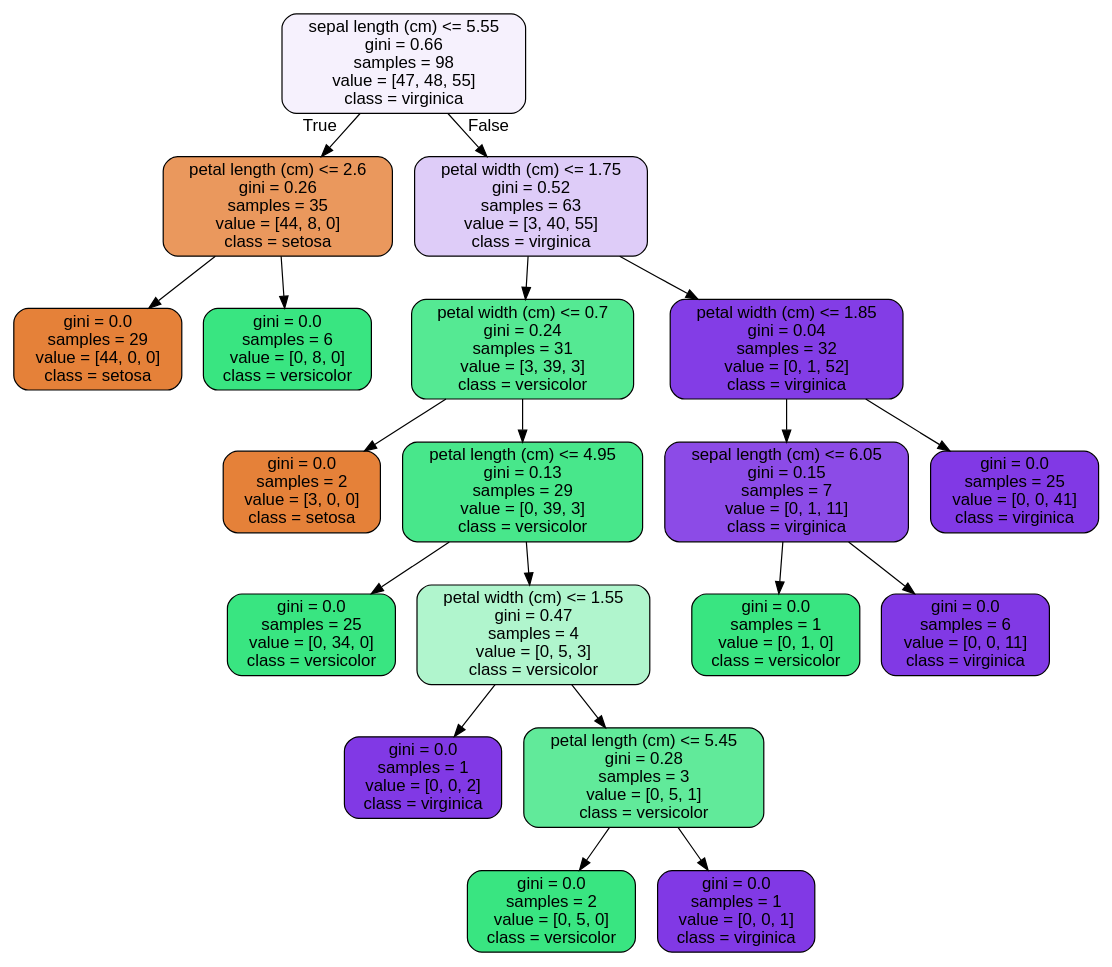
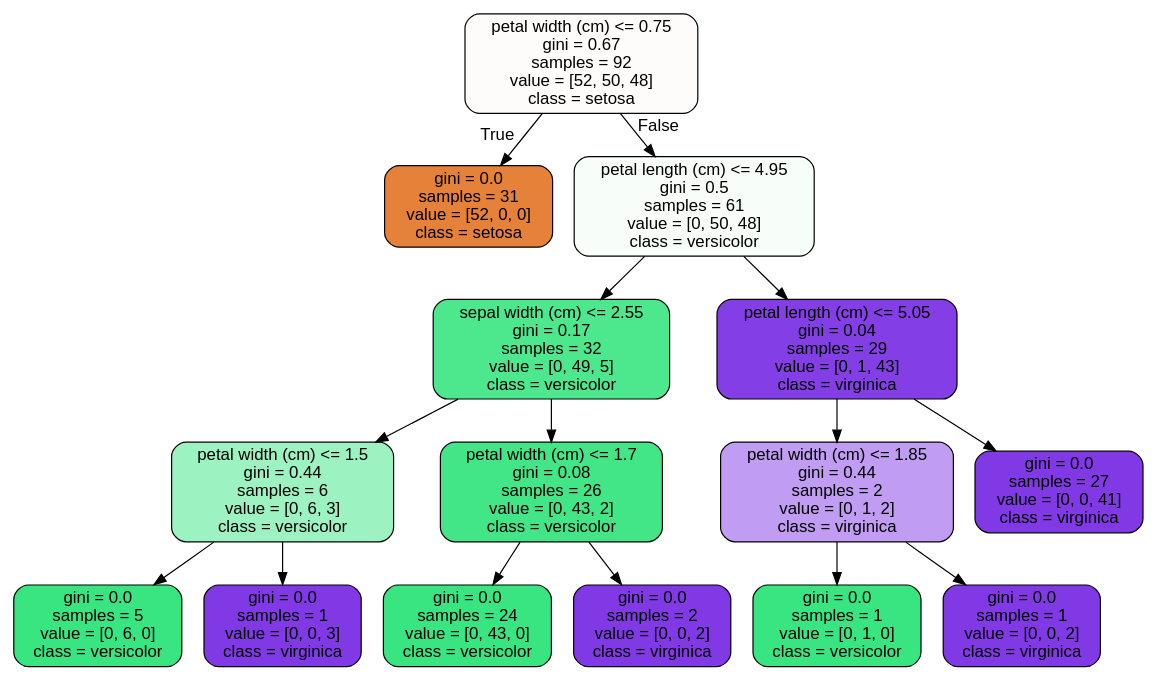
The diagram in tree.dot (abhiram540/Covid19-RandomForest-CaseStudy), drawn with Graphviz before and after one commit. The commit also changed 3 other files, not shown here.

```diff
--- a/tree.dot
+++ b/tree.dot
@@ -1,41 +1,33 @@
 digraph Tree {
 node [shape=box, style="filled, rounded", color="black", fontname=helvetica] ;
 edge [fontname=helvetica] ;
-0 [label="sepal length (cm) <= 5.55\ngini = 0.66\nsamples = 98\nvalue = [47, 48, 55]\nclass = virginica", fillcolor="#f6f1fd"] ;
-1 [label="petal length (cm) <= 2.6\ngini = 0.26\nsamples = 35\nvalue = [44, 8, 0]\nclass = setosa", fillcolor="#ea985d"] ;
+0 [label="petal width (cm) <= 0.75\ngini = 0.67\nsamples = 92\nvalue = [52, 50, 48]\nclass = setosa", fillcolor="#fefcfb"] ;
+1 [label="gini = 0.0\nsamples = 31\nvalue = [52, 0, 0]\nclass = setosa", fillcolor="#e58139"] ;
 0 -> 1 [labeldistance=2.5, labelangle=45, headlabel="True"] ;
-2 [label="gini = 0.0\nsamples = 29\nvalue = [44, 0, 0]\nclass = setosa", fillcolor="#e58139"] ;
-1 -> 2 ;
-3 [label="gini = 0.0\nsamples = 6\nvalue = [0, 8, 0]\nclass = versicolor", fillcolor="#39e581"] ;
-1 -> 3 ;
-4 [label="petal width (cm) <= 1.75\ngini = 0.52\nsamples = 63\nvalue = [3, 40, 55]\nclass = virginica", fillcolor="#deccf8"] ;
-0 -> 4 [labeldistance=2.5, labelangle=-45, headlabel="False"] ;
-5 [label="petal width (cm) <= 0.7\ngini = 0.24\nsamples = 31\nvalue = [3, 39, 3]\nclass = versicolor", fillcolor="#55e993"] ;
+2 [label="petal length (cm) <= 4.95\ngini = 0.5\nsamples = 61\nvalue = [0, 50, 48]\nclass = versicolor", fillcolor="#f7fefa"] ;
+0 -> 2 [labeldistance=2.5, labelangle=-45, headlabel="False"] ;
+3 [label="sepal width (cm) <= 2.55\ngini = 0.17\nsamples = 32\nvalue = [0, 49, 5]\nclass = versicolor", fillcolor="#4de88e"] ;
+2 -> 3 ;
+4 [label="petal width (cm) <= 1.5\ngini = 0.44\nsamples = 6\nvalue = [0, 6, 3]\nclass = versicolor", fillcolor="#9cf2c0"] ;
+3 -> 4 ;
+5 [label="gini = 0.0\nsamples = 5\nvalue = [0, 6, 0]\nclass = versicolor", fillcolor="#39e581"] ;
 4 -> 5 ;
-6 [label="gini = 0.0\nsamples = 2\nvalue = [3, 0, 0]\nclass = setosa", fillcolor="#e58139"] ;
-5 -> 6 ;
-7 [label="petal length (cm) <= 4.95\ngini = 0.13\nsamples = 29\nvalue = [0, 39, 3]\nclass = versicolor", fillcolor="#48e78b"] ;
-5 -> 7 ;
-8 [label="gini = 0.0\nsamples = 25\nvalue = [0, 34, 0]\nclass = versicolor", fillcolor="#39e581"] ;
+6 [label="gini = 0.0\nsamples = 1\nvalue = [0, 0, 3]\nclass = virginica", fillcolor="#8139e5"] ;
+4 -> 6 ;
+7 [label="petal width (cm) <= 1.7\ngini = 0.08\nsamples = 26\nvalue = [0, 43, 2]\nclass = versicolor", fillcolor="#42e687"] ;
+3 -> 7 ;
+8 [label="gini = 0.0\nsamples = 24\nvalue = [0, 43, 0]\nclass = versicolor", fillcolor="#39e581"] ;
 7 -> 8 ;
-9 [label="petal width (cm) <= 1.55\ngini = 0.47\nsamples = 4\nvalue = [0, 5, 3]\nclass = versicolor", fillcolor="#b0f5cd"] ;
+9 [label="gini = 0.0\nsamples = 2\nvalue = [0, 0, 2]\nclass = virginica", fillcolor="#8139e5"] ;
 7 -> 9 ;
-10 [label="gini = 0.0\nsamples = 1\nvalue = [0, 0, 2]\nclass = virginica", fillcolor="#8139e5"] ;
-9 -> 10 ;
-11 [label="petal length (cm) <= 5.45\ngini = 0.28\nsamples = 3\nvalue = [0, 5, 1]\nclass = versicolor", fillcolor="#61ea9a"] ;
-9 -> 11 ;
-12 [label="gini = 0.0\nsamples = 2\nvalue = [0, 5, 0]\nclass = versicolor", fillcolor="#39e581"] ;
+10 [label="petal length (cm) <= 5.05\ngini = 0.04\nsamples = 29\nvalue = [0, 1, 43]\nclass = virginica", fillcolor="#843ee6"] ;
+2 -> 10 ;
+11 [label="petal width (cm) <= 1.85\ngini = 0.44\nsamples = 2\nvalue = [0, 1, 2]\nclass = virginica", fillcolor="#c09cf2"] ;
+10 -> 11 ;
+12 [label="gini = 0.0\nsamples = 1\nvalue = [0, 1, 0]\nclass = versicolor", fillcolor="#39e581"] ;
 11 -> 12 ;
-13 [label="gini = 0.0\nsamples = 1\nvalue = [0, 0, 1]\nclass = virginica", fillcolor="#8139e5"] ;
+13 [label="gini = 0.0\nsamples = 1\nvalue = [0, 0, 2]\nclass = virginica", fillcolor="#8139e5"] ;
 11 -> 13 ;
-14 [label="petal width (cm) <= 1.85\ngini = 0.04\nsamples = 32\nvalue = [0, 1, 52]\nclass = virginica", fillcolor="#833de6"] ;
-4 -> 14 ;
-15 [label="sepal length (cm) <= 6.05\ngini = 0.15\nsamples = 7\nvalue = [0, 1, 11]\nclass = virginica", fillcolor="#8c4be7"] ;
-14 -> 15 ;
-16 [label="gini = 0.0\nsamples = 1\nvalue = [0, 1, 0]\nclass = versicolor", fillcolor="#39e581"] ;
-15 -> 16 ;
-17 [label="gini = 0.0\nsamples = 6\nvalue = [0, 0, 11]\nclass = virginica", fillcolor="#8139e5"] ;
-15 -> 17 ;
-18 [label="gini = 0.0\nsamples = 25\nvalue = [0, 0, 41]\nclass = virginica", fillcolor="#8139e5"] ;
-14 -> 18 ;
+14 [label="gini = 0.0\nsamples = 27\nvalue = [0, 0, 41]\nclass = virginica", fillcolor="#8139e5"] ;
+10 -> 14 ;
 }
```
